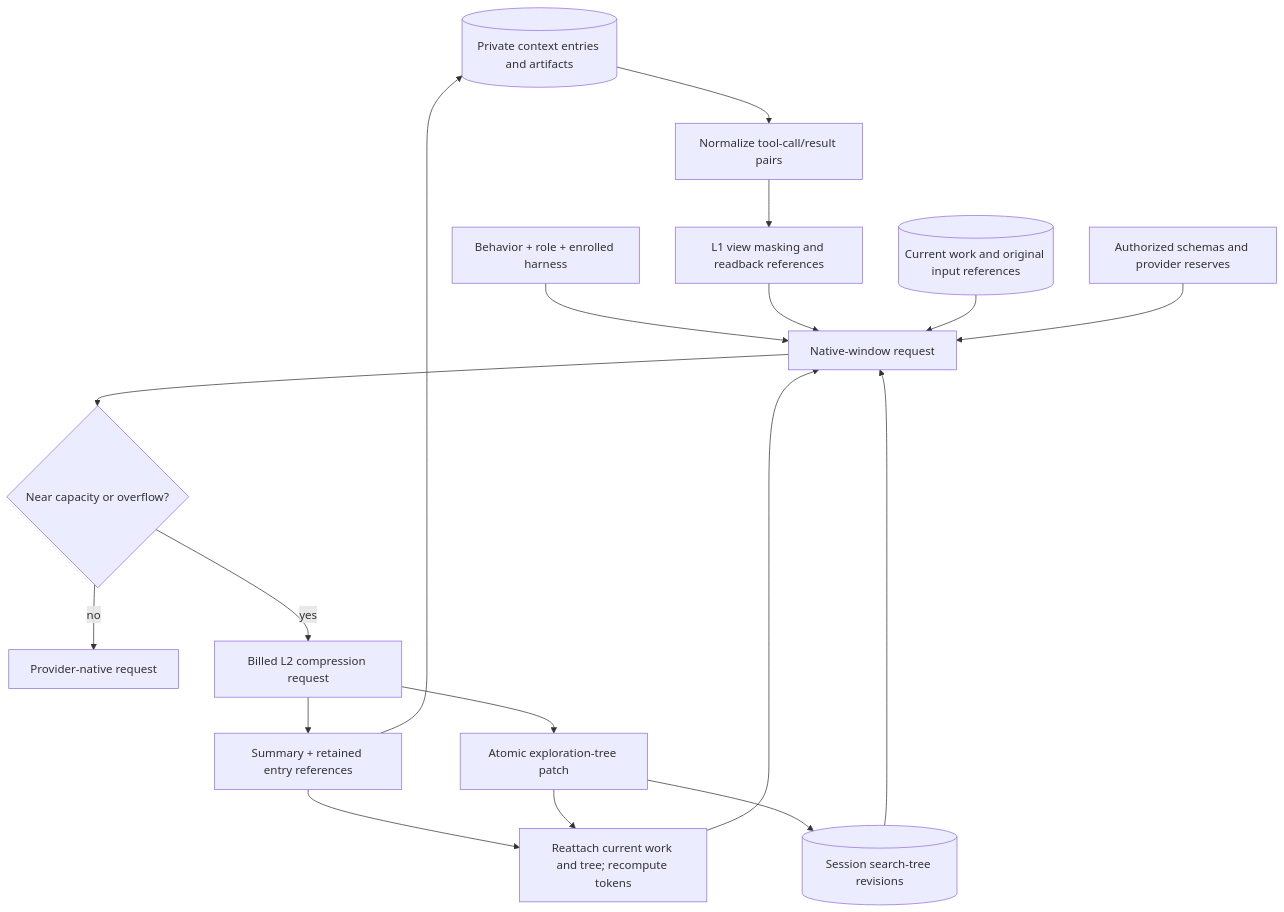
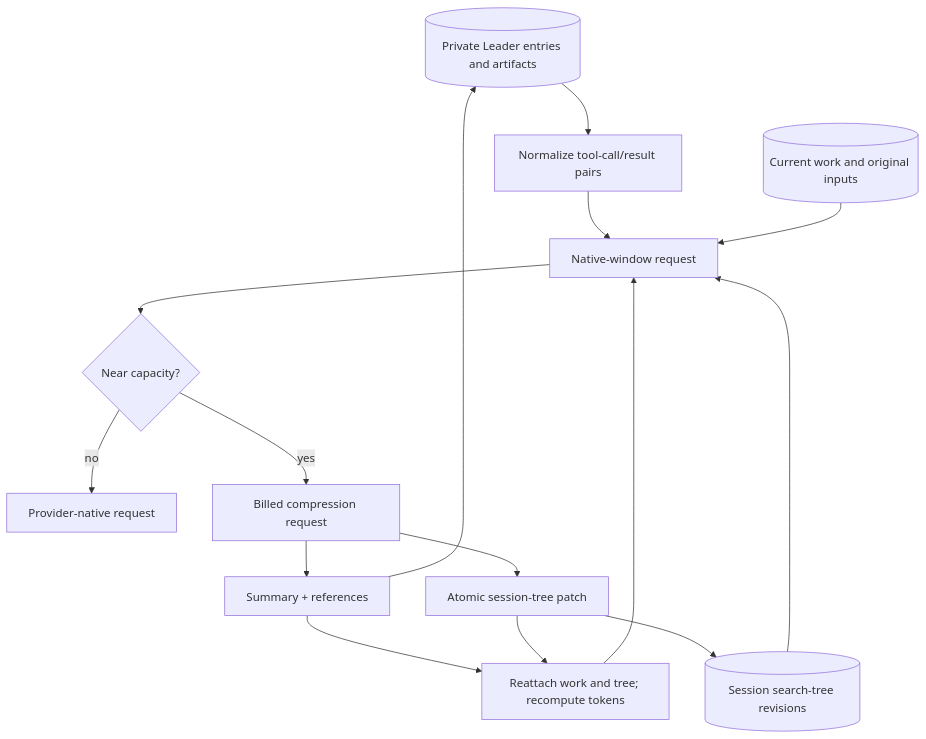
One commit to seek-hope/TeamAgents changed the third of 3 diagrams in docs/ARCHITECTURE.md. Above: the diagram before and after it, drawn with Mermaid. The commit also changed other lines of this file and 13547 other files, not shown here.

Commit message:
Keep only current project state and tools

````diff
--- a/docs/ARCHITECTURE.md
+++ b/docs/ARCHITECTURE.md
@@ -627,22 +84,20 @@
 ```mermaid
 flowchart TB
-    accTitle: Context views and durable memory
-    accDescr: Immutable history and scoped work records produce a bounded request view. Masking and compaction preserve references and never create authority or reset the work budget.
-    history[("Private context entries and artifacts")] --> normalize["Normalize tool-call/result pairs"]
-    instructions["Behavior + role + enrolled harness"] --> request["Native-window request"]
-    normalize --> mask["L1 view masking and readback references"]
-    mask --> request
-    work[("Current work and original input references")] --> request
-    searchTree[("Session search-tree revisions")] --> request
-    surface["Authorized schemas and provider reserves"] --> request
-    request --> occupancy{"Near capacity or overflow?"}
+    accTitle: Context And Tree Views
+    accDescr: Compaction hides old entries only from the model view while the session exploration tree advances through the retained recent Leader input.
+
+    history[("Private Leader entries and artifacts")] --> normalize["Normalize tool-call/result pairs"]
+    normalize --> request["Native-window request"]
+    work[("Current work and original inputs")] --> request
+    tree[("Session search-tree revisions")] --> request
+    request --> occupancy{"Near capacity?"}
     occupancy -->|"no"| provider["Provider-native request"]
-    occupancy -->|"yes"| compact["Billed L2 compression request"]
-    compact --> summary["Summary + retained entry references"]
-    compact --> treeRevision["Atomic exploration-tree patch"]
-    treeRevision --> searchTree
+    occupancy -->|"yes"| compact["Billed compression request"]
+    compact --> summary["Summary + references"]
+    compact --> patch["Atomic session-tree patch"]
     summary --> history
-    summary --> rebuild["Reattach current work and tree; recompute tokens"]
-    treeRevision --> rebuild
+    patch --> tree
+    summary --> rebuild["Reattach work and tree; recompute tokens"]
+    patch --> rebuild
     rebuild --> request
 ```
````
